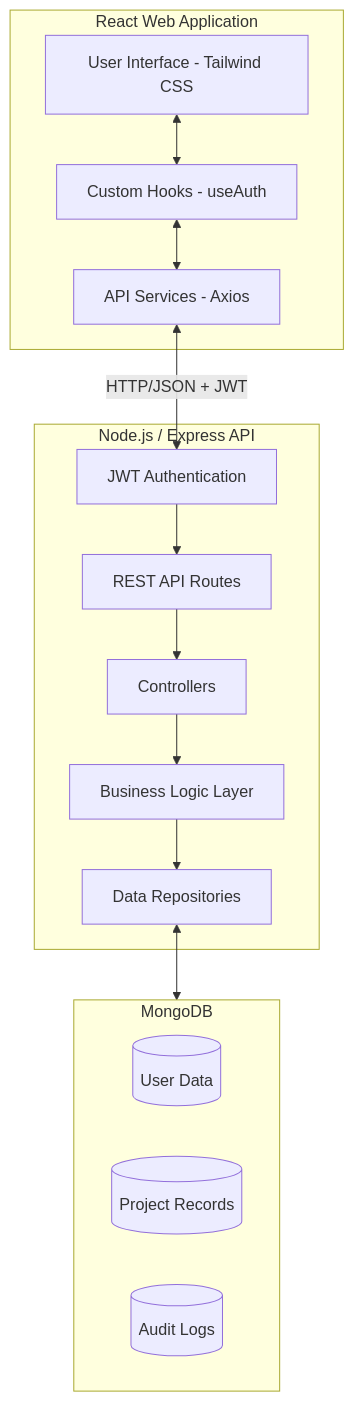
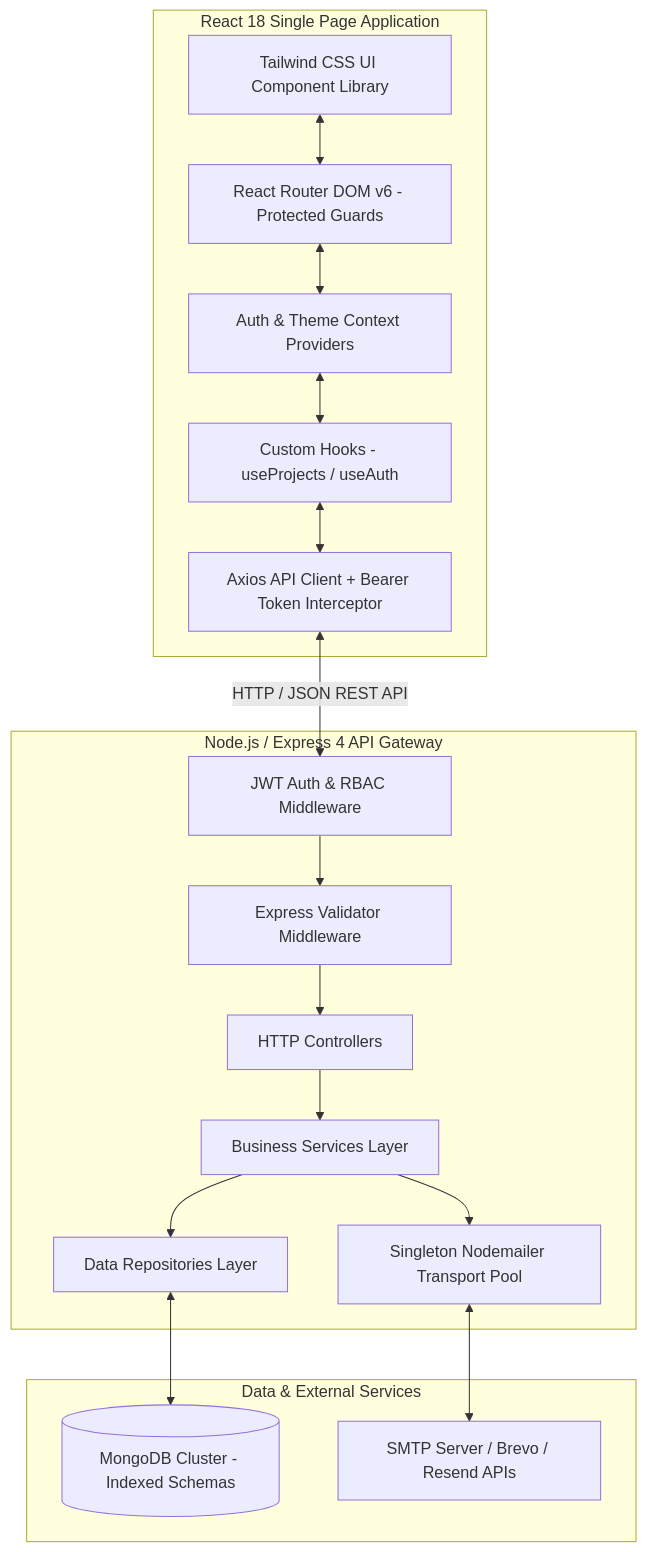
Before and after one commit to Bhaviik-5202/Student_Project_System: the first of 2 diagrams in backend/ARCHITECTURE.md, drawn with Mermaid. The commit also changed other lines of this file and 4 other files, not shown here.

````diff
--- a/backend/ARCHITECTURE.md
+++ b/backend/ARCHITECTURE.md
@@ -7,31 +9,37 @@
 ```mermaid
 graph TD
-    subgraph Frontend [React Web Application]
-        UI[User Interface - Tailwind CSS]
-        Hooks[Custom Hooks - useAuth]
-        Services[API Services - Axios]
+    subgraph Client [React 18 Single Page Application]
+        UI[Tailwind CSS UI Component Library]
+        Router[React Router DOM v6 - Protected Guards]
+        Context[Auth & Theme Context Providers]
+        Hooks[Custom Hooks - useProjects / useAuth]
+        Services[Axios API Client + Bearer Token Interceptor]
     end
 
-    subgraph Backend [Node.js / Express API]
-        Auth[JWT Authentication]
-        Routes[REST API Routes]
-        Controller[Controllers]
-        Service[Business Logic Layer]
-        Repo[Data Repositories]
+    subgraph Server [Node.js / Express 4 API Gateway]
+        AuthGuard[JWT Auth & RBAC Middleware]
+        Validation[Express Validator Middleware]
+        Controllers[HTTP Controllers]
+        ServicesLayer[Business Services Layer]
+        RepoLayer[Data Repositories Layer]
+        EmailPool[Singleton Nodemailer Transport Pool]
     end
 
-    subgraph Database [MongoDB]
-        Users[(User Data)]
-        Projects[(Project Records)]
-        Audit[(Audit Logs)]
+    subgraph Persistence [Data & External Services]
+        MongoDB[(MongoDB Cluster - Indexed Schemas)]
+        SMTP[SMTP Server / Brevo / Resend APIs]
     end
 
-    UI <--> Hooks
+    UI <--> Router
+    Router <--> Context
+    Context <--> Hooks
     Hooks <--> Services
-    Services <--> |HTTP/JSON + JWT| Auth
-    Auth --> Routes
-    Routes --> Controller
-    Controller --> Service
-    Service --> Repo
-    Repo <--> Database
+    Services <--> |HTTP / JSON REST API| AuthGuard
+    AuthGuard --> Validation
+    Validation --> Controllers
+    Controllers --> ServicesLayer
+    ServicesLayer --> RepoLayer
+    ServicesLayer --> EmailPool
+    RepoLayer <--> MongoDB
+    EmailPool <--> SMTP
 ```
````
